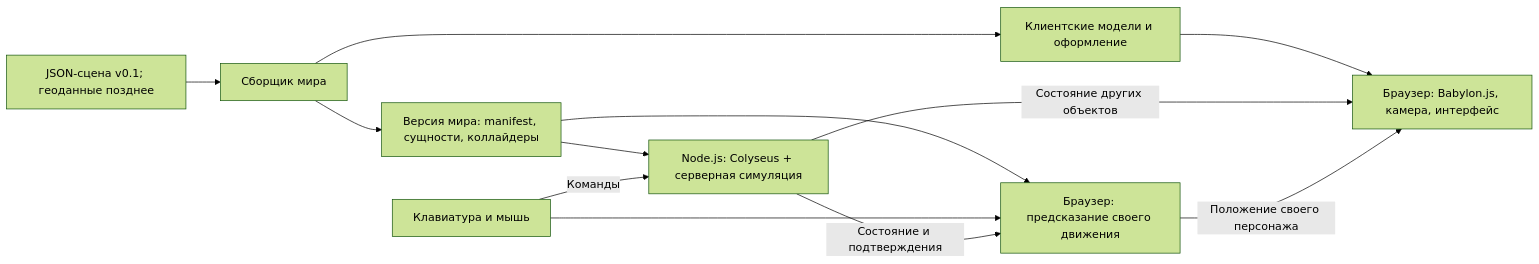
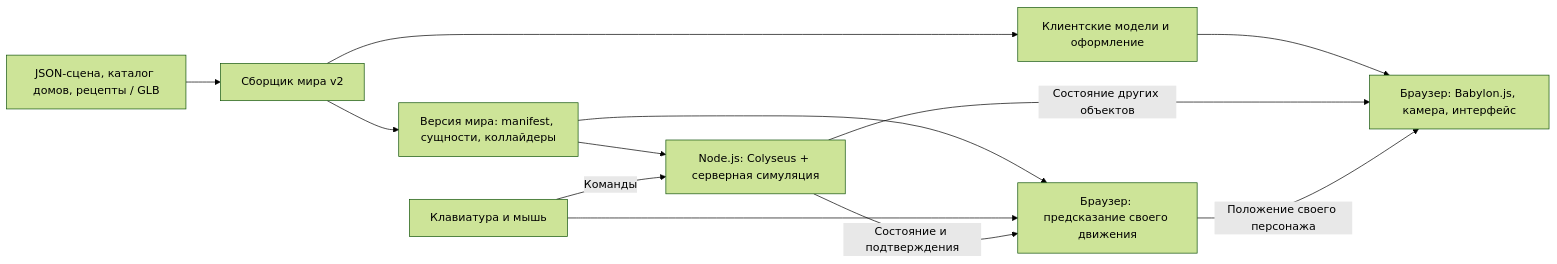
The diagram in docs/architecture.md (ftagn-superior/syktyvkar-underground), drawn with Mermaid (forest theme) before and after one commit. The commit also changed other lines of this file and 93 other files, not shown here.

````diff
--- a/docs/architecture.md
+++ b/docs/architecture.md
@@ -11,14 +13,14 @@
 ```mermaid
 flowchart LR
-    SOURCE["JSON-сцена v0.1; геоданные позднее"] --> BUILD["Сборщик мира"]
+    SOURCE["JSON-сцена, каталог домов, рецепты / GLB"] --> BUILD["Сборщик мира v2"]
     BUILD --> WORLD["Версия мира: manifest, сущности, коллайдеры"]
     BUILD --> ASSETS["Клиентские модели и оформление"]
     WORLD --> SERVER["Node.js: Colyseus + серверная симуляция"]
     WORLD --> PREDICT["Браузер: предсказание своего движения"]
     ASSETS --> VIEW["Браузер: Babylon.js, камера, интерфейс"]
     INPUT["Клавиатура и мышь"] --> PREDICT
     INPUT -->|"Команды"| SERVER
     SERVER -->|"Состояние и подтверждения"| PREDICT
     SERVER -->|"Состояние других объектов"| VIEW
     PREDICT -->|"Положение своего персонажа"| VIEW
 ```
````
